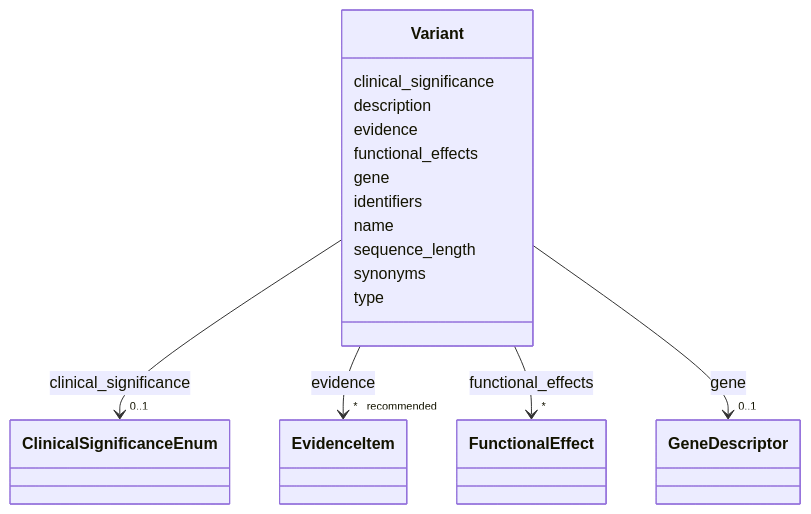
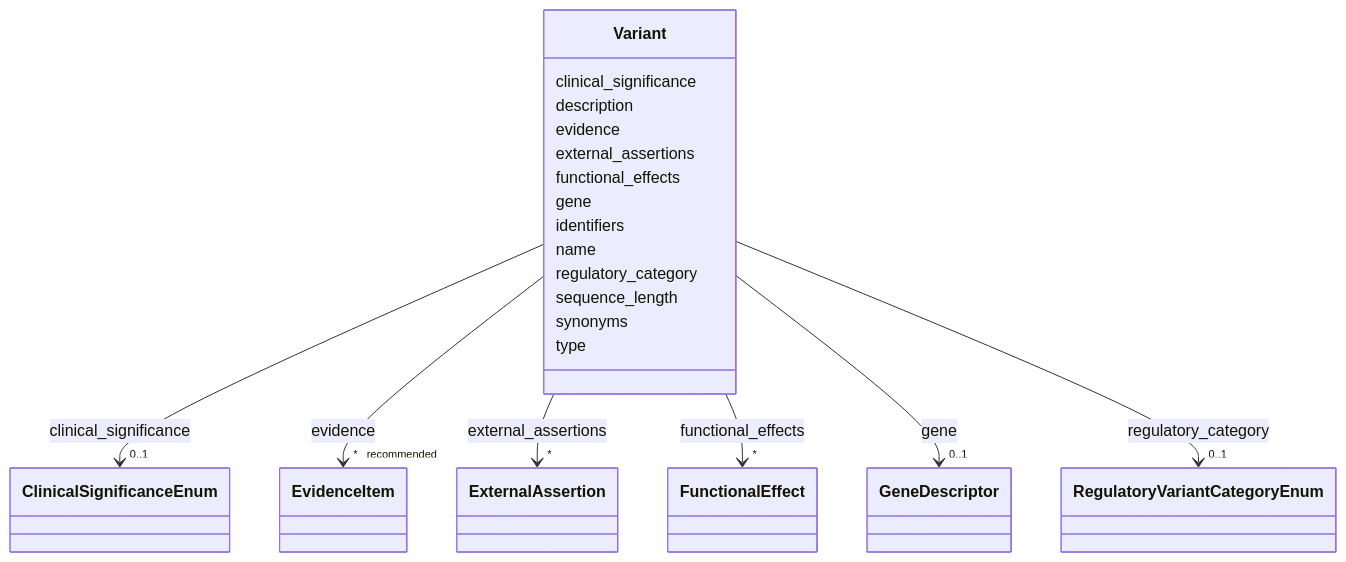
Before and after one commit to monarch-initiative/dismech: the diagram in docs/schema/classes/Variant.md, drawn with Mermaid. The commit also changed other lines of this file and 1343 other files, not shown here.

First line of the commit message:
docs: regenerate schema docs and point design-decisions link at rendered page

````diff
--- a/docs/schema/classes/Variant.md
+++ b/docs/schema/classes/Variant.md
@@ -13,62 +18,84 @@
 ```mermaid
  classDiagram
     class Variant
     click Variant href "../../classes/Variant/"
       Variant : clinical_significance
         
           
     
         
         
         Variant --> "0..1" ClinicalSignificanceEnum : clinical_significance
         click ClinicalSignificanceEnum href "../../enums/ClinicalSignificanceEnum/"
     
 
         
       Variant : description
         
       Variant : evidence
         
           
     
         
         
         Variant --> "* _recommended_" EvidenceItem : evidence
         click EvidenceItem href "../../classes/EvidenceItem/"
+    
+
+        
+      Variant : external_assertions
+        
+          
+    
+        
+        
+        Variant --> "*" ExternalAssertion : external_assertions
+        click ExternalAssertion href "../../classes/ExternalAssertion/"
     
 
         
       Variant : functional_effects
         
           
     
         
         
         Variant --> "*" FunctionalEffect : functional_effects
         click FunctionalEffect href "../../classes/FunctionalEffect/"
     
 
         
       Variant : gene
         
           
     
         
         
         Variant --> "0..1" GeneDescriptor : gene
         click GeneDescriptor href "../../classes/GeneDescriptor/"
     
 
         
       Variant : identifiers
         
       Variant : name
         
+      Variant : regulatory_category
+        
+          
+    
+        
+        
+        Variant --> "0..1" RegulatoryVariantCategoryEnum : regulatory_category
+        click RegulatoryVariantCategoryEnum href "../../enums/RegulatoryVariantCategoryEnum/"
+    
+
+        
       Variant : sequence_length
         
       Variant : synonyms
         
       Variant : type
         
       
 ```
````
